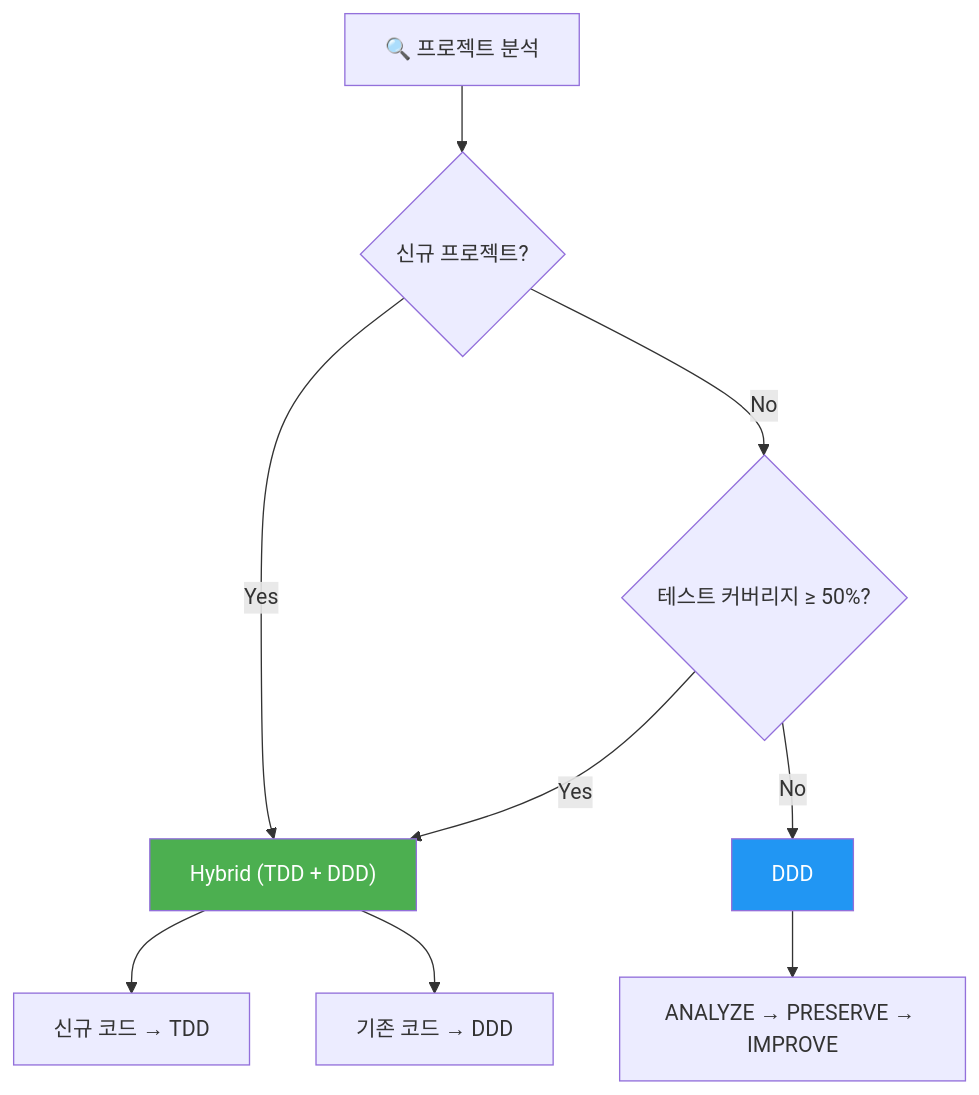
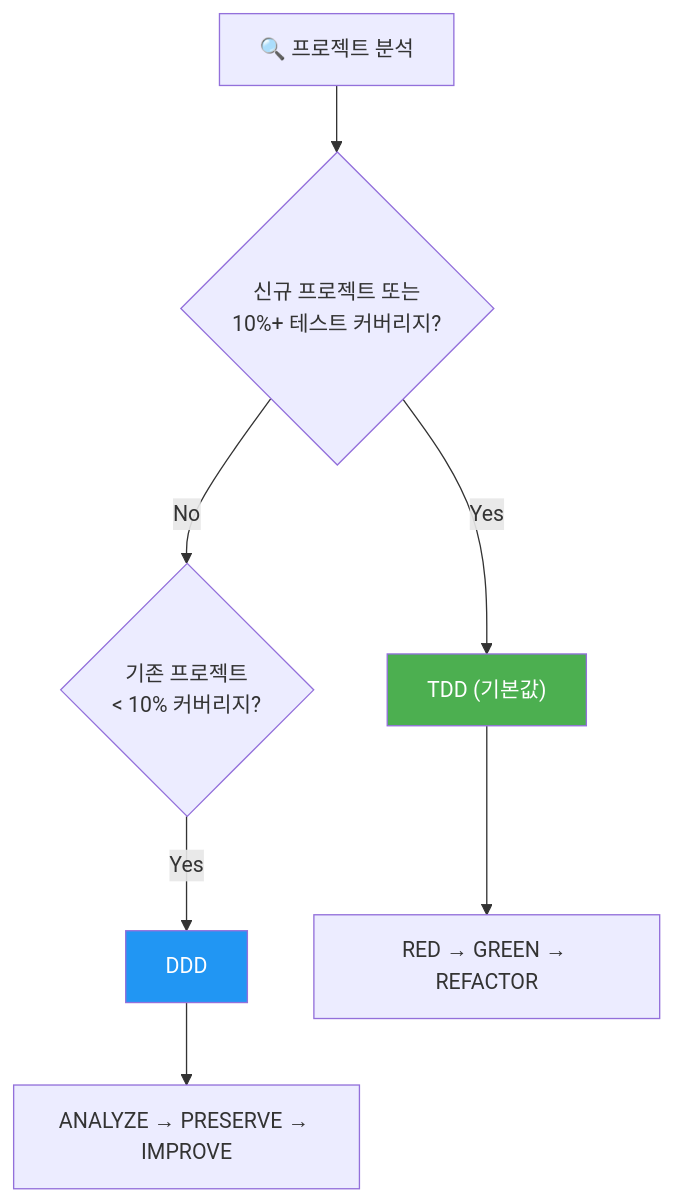
The second of 5 diagrams in README.ko.md (modu-ai/moai-adk), drawn with Mermaid before and after one commit. The commit also changed other lines of this file and 56 other files, not shown here.

````diff
--- a/README.ko.md
+++ b/README.ko.md
@@ -147,14 +147,12 @@
 ```mermaid
 flowchart TD
-    A["🔍 프로젝트 분석"] --> B{"신규 프로젝트?"}
-    B -->|"Yes"| C["Hybrid (TDD + DDD)"]
-    B -->|"No"| D{"테스트 커버리지 ≥ 50%?"}
-    D -->|"Yes"| C
-    D -->|"No"| E["DDD"]
-    C --> F["신규 코드 → TDD"]
-    C --> G["기존 코드 → DDD"]
-    E --> H["ANALYZE → PRESERVE → IMPROVE"]
+    A["🔍 프로젝트 분석"] --> B{"신규 프로젝트 또는<br/>10%+ 테스트 커버리지?"}
+    B -->|"Yes"| C["TDD (기본값)"]
+    B -->|"No"| D{"기존 프로젝트<br/>< 10% 커버리지?"}
+    D -->|"Yes"| E["DDD"]
+    C --> F["RED → GREEN → REFACTOR"]
+    E --> G["ANALYZE → PRESERVE → IMPROVE"]
 
     style C fill:#4CAF50,color:#fff
     style E fill:#2196F3,color:#fff
 ```
````
